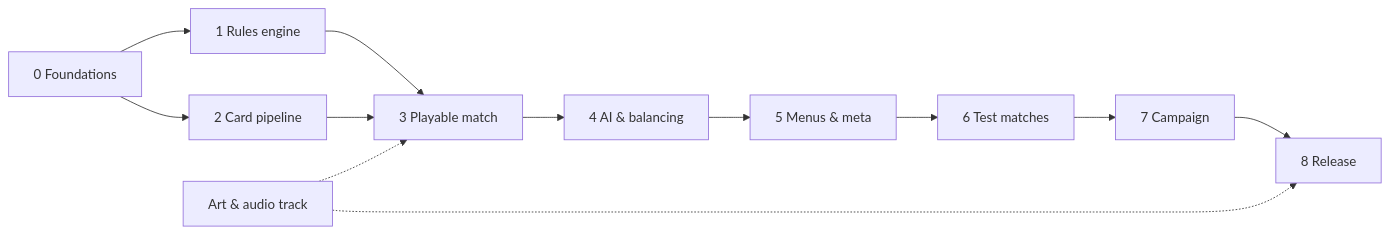
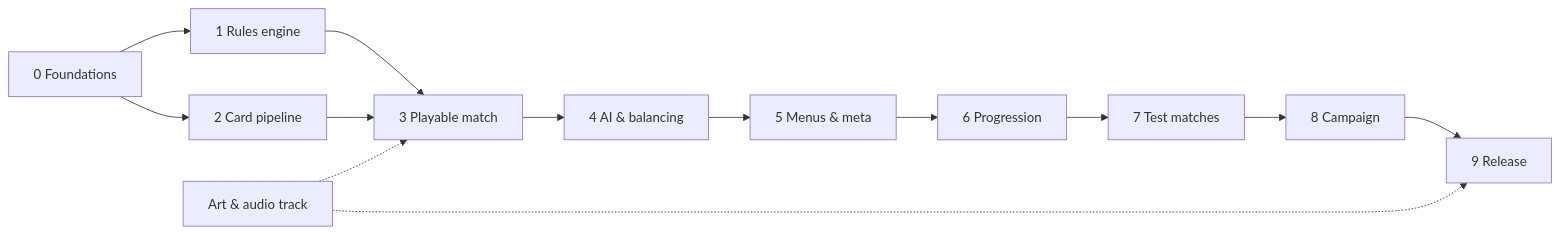
The diagram in docs/roadmap.md (TuntematonSotilas/nothung), drawn with Mermaid before and after one commit. The commit also changed other lines of this file and 2 other files, not shown here.

Commit message:
maj roadmap

````diff
--- a/docs/roadmap.md
+++ b/docs/roadmap.md
@@ -25,8 +26,8 @@
 ```mermaid
 flowchart LR
     M0[0 Foundations] --> M1[1 Rules engine] --> M3[3 Playable match]
     M0 --> M2[2 Card pipeline] --> M3
-    M3 --> M4[4 AI & balancing] --> M5[5 Menus & meta] --> M6[6 Test matches] --> M7[7 Campaign] --> M8[8 Release]
+    M3 --> M4[4 AI & balancing] --> M5[5 Menus & meta] --> M6[6 Progression] --> M7[7 Test matches] --> M8[8 Campaign] --> M9[9 Release]
     ART[Art & audio track] -.-> M3
-    ART -.-> M8
+    ART -.-> M9
 ```
````
